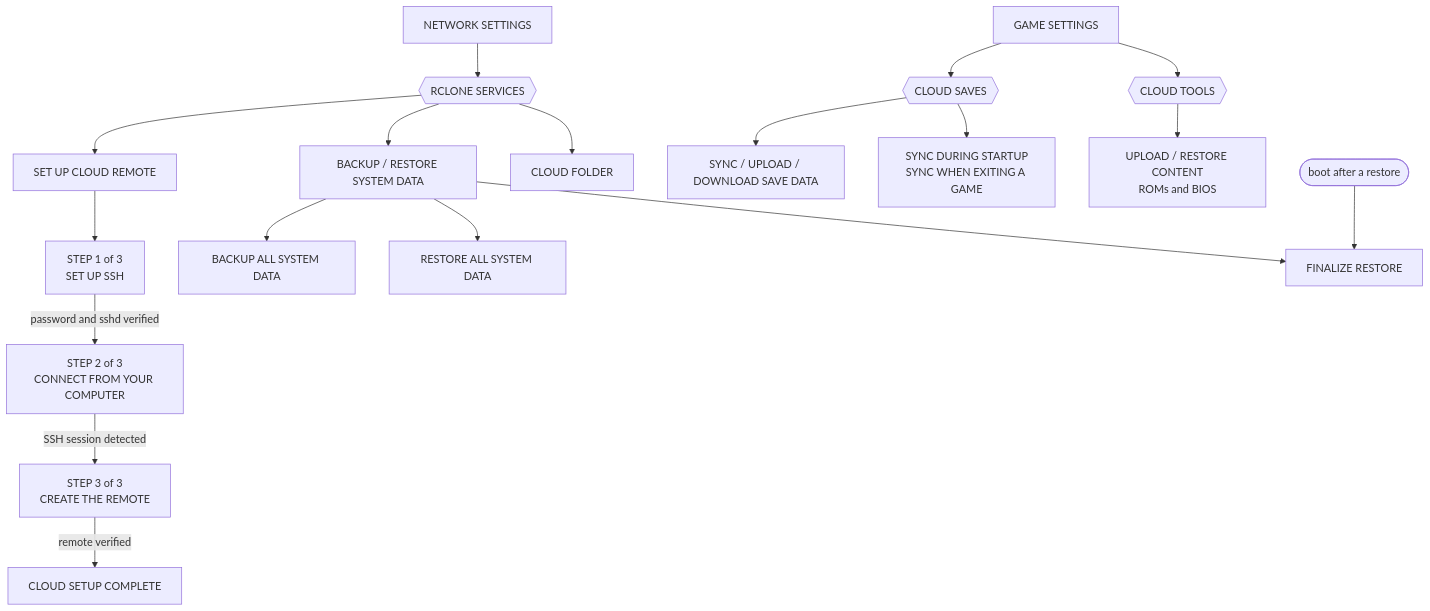
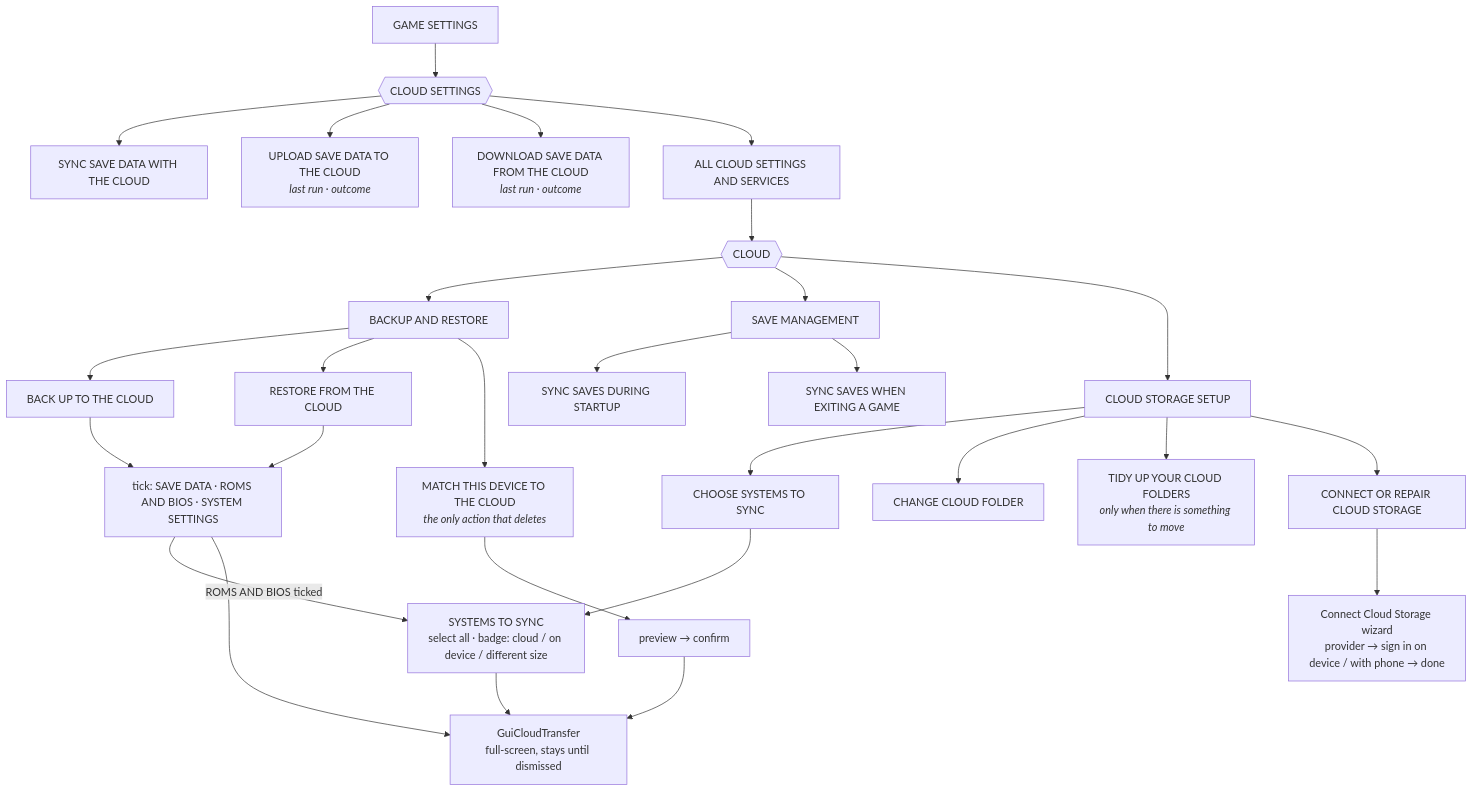
The second of 2 diagrams in docs/es-menu-map.md (maxengel/rocknix), drawn with Mermaid before and after one commit. The commit also changed other lines of this file and 4 other files, not shown here.

````diff
--- a/docs/es-menu-map.md
+++ b/docs/es-menu-map.md
@@ -86,25 +88,27 @@
 ```mermaid
 flowchart TD
-    NET[NETWORK SETTINGS] --> RS{{RCLONE SERVICES}}
-    RS --> SETUP[SET UP CLOUD REMOTE]
-    RS --> SYSDATA[BACKUP / RESTORE SYSTEM DATA]
-    RS --> FOLDER[CLOUD FOLDER]
+    GS[GAME SETTINGS] --> CS{{CLOUD SETTINGS}}
+    CS --> SYNC[SYNC SAVE DATA WITH THE CLOUD]
+    CS --> UP[UPLOAD SAVE DATA TO THE CLOUD<br/><i>last run · outcome</i>]
+    CS --> DOWN[DOWNLOAD SAVE DATA FROM THE CLOUD<br/><i>last run · outcome</i>]
+    CS --> ALL[ALL CLOUD SETTINGS AND SERVICES]
 
-    SYSDATA --> BK[BACKUP ALL SYSTEM DATA]
-    SYSDATA --> RE[RESTORE ALL SYSTEM DATA]
-    SYSDATA --> FIN[FINALIZE RESTORE]
+    ALL --> HUB{{CLOUD}}
+    HUB --> BR[BACKUP AND RESTORE]
+    BR --> BU[BACK UP TO THE CLOUD] --> TICK[tick: SAVE DATA · ROMS AND BIOS · SYSTEM SETTINGS]
+    BR --> RE[RESTORE FROM THE CLOUD] --> TICK
+    TICK -->|ROMS AND BIOS ticked| PICK[SYSTEMS TO SYNC<br/>select all · badge: cloud / on device / different size]
+    TICK --> XFER[GuiCloudTransfer<br/>full-screen, stays until dismissed]
+    PICK --> XFER
+    BR --> MATCH[MATCH THIS DEVICE TO THE CLOUD<br/><i>the only action that deletes</i>] --> PREV[preview → confirm] --> XFER
 
-    GS[GAME SETTINGS] --> CS{{CLOUD SAVES}}
-    CS --> SY[SYNC / UPLOAD / DOWNLOAD SAVE DATA]
-    CS --> TOG[SYNC DURING STARTUP<br/>SYNC WHEN EXITING A GAME]
+    HUB --> SM[SAVE MANAGEMENT]
+    SM --> ST[SYNC SAVES DURING STARTUP]
+    SM --> GE[SYNC SAVES WHEN EXITING A GAME]
 
-    GS --> CT{{CLOUD TOOLS}}
-    CT --> CONTENT[UPLOAD / RESTORE CONTENT<br/>ROMs and BIOS]
-
-    SETUP --> W1[STEP 1 of 3<br/>SET UP SSH]
-    W1 -->|password and sshd verified| W2[STEP 2 of 3<br/>CONNECT FROM YOUR COMPUTER]
-    W2 -->|SSH session detected| W3[STEP 3 of 3<br/>CREATE THE REMOTE]
-    W3 -->|remote verified| DONE[CLOUD SETUP COMPLETE]
-
-    BOOT([boot after a restore]) --> FIN
+    HUB --> CSS[CLOUD STORAGE SETUP]
+    CSS --> CHOOSE[CHOOSE SYSTEMS TO SYNC] --> PICK
+    CSS --> FOLDER[CHANGE CLOUD FOLDER]
+    CSS --> TIDY[TIDY UP YOUR CLOUD FOLDERS<br/><i>only when there is something to move</i>]
+    CSS --> CONN[CONNECT OR REPAIR CLOUD STORAGE] --> WIZ[Connect Cloud Storage wizard<br/>provider → sign in on device / with phone → done]
 ```
````
